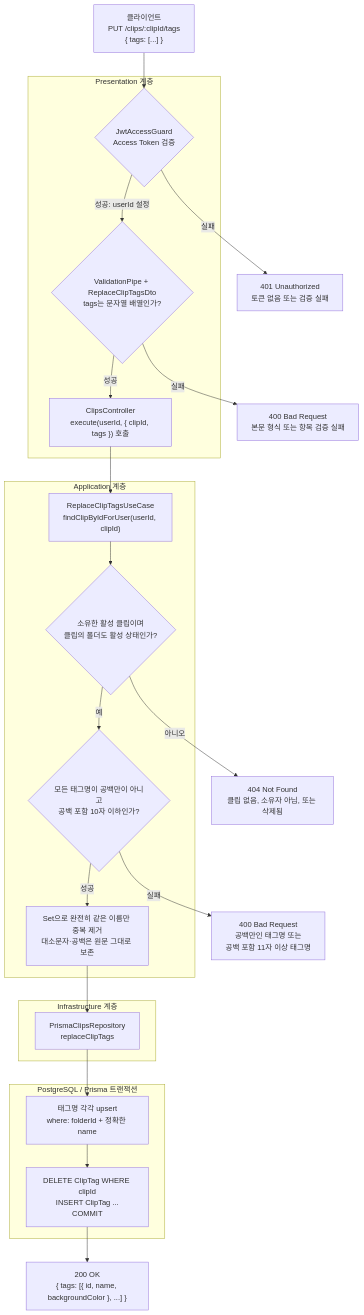
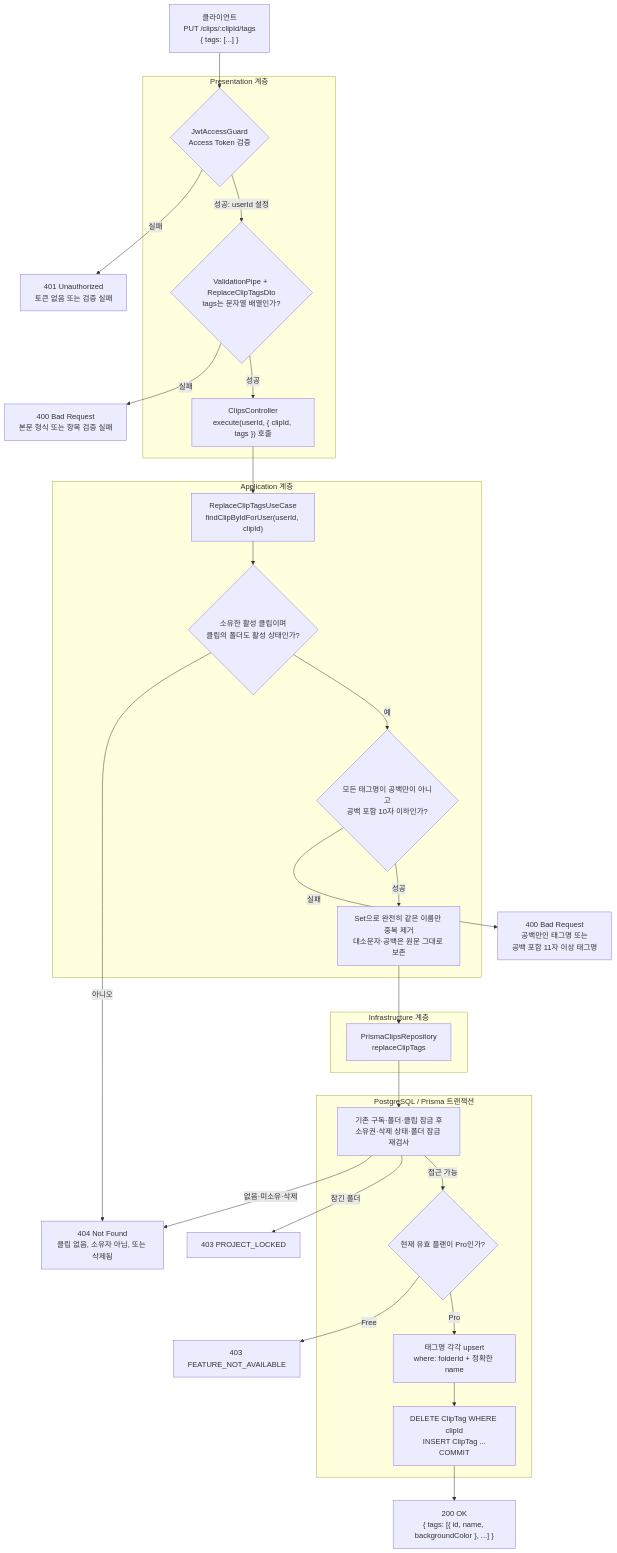
Before and after one commit to gksktl111/easy-clip-be: the diagram in docs/clip-tag-replacement-api-flow.md, drawn with Mermaid. The commit also changed other lines of this file and 27 other files, not shown here.

````diff
--- a/docs/clip-tag-replacement-api-flow.md
+++ b/docs/clip-tag-replacement-api-flow.md
@@ -35,48 +37,55 @@
 ```mermaid
 flowchart TD
     Client["클라이언트<br/>PUT /clips/:clipId/tags<br/>{ tags: [...] }"]
 
     subgraph Presentation["Presentation 계층"]
         Guard{"JwtAccessGuard<br/>Access Token 검증"}
         Dto{"ValidationPipe + ReplaceClipTagsDto<br/>tags는 문자열 배열인가?"}
         Controller["ClipsController<br/>execute(userId, { clipId, tags }) 호출"]
     end
 
     subgraph Application["Application 계층"]
         FindClip["ReplaceClipTagsUseCase<br/>findClipByIdForUser(userId, clipId)"]
         ClipExists{"소유한 활성 클립이며<br/>클립의 폴더도 활성 상태인가?"}
         ValidateNames{"모든 태그명이 공백만이 아니고<br/>공백 포함 10자 이하인가?"}
         Normalize["Set으로 완전히 같은 이름만 중복 제거<br/>대소문자·공백은 원문 그대로 보존"]
     end
 
     subgraph Infrastructure["Infrastructure 계층"]
         ReplaceRepo["PrismaClipsRepository<br/>replaceClipTags"]
     end
 
     subgraph Database["PostgreSQL / Prisma 트랜잭션"]
+        CheckAccess["기존 구독·폴더·클립 잠금 후<br/>소유권·삭제 상태·폴더 잠금 재검사"]
+        ProFeature{"현재 유효 플랜이 Pro인가?"}
         UpsertTags["태그명 각각 upsert<br/>where: folderId + 정확한 name"]
         ReplaceRelations["DELETE ClipTag WHERE clipId<br/>INSERT ClipTag ...<br/>COMMIT"]
     end
 
     Unauthorized["401 Unauthorized<br/>토큰 없음 또는 검증 실패"]
     DtoBadRequest["400 Bad Request<br/>본문 형식 또는 항목 검증 실패"]
     NotFound["404 Not Found<br/>클립 없음, 소유자 아님, 또는 삭제됨"]
     TagBadRequest["400 Bad Request<br/>공백만인 태그명 또는<br/>공백 포함 11자 이상 태그명"]
     Success["200 OK<br/>{ tags: [{ id, name, backgroundColor }, ...] }"]
 
     Client --> Guard
     Guard -->|실패| Unauthorized
     Guard -->|성공: userId 설정| Dto
     Dto -->|실패| DtoBadRequest
     Dto -->|성공| Controller
     Controller --> FindClip
     FindClip --> ClipExists
     ClipExists -->|아니오| NotFound
     ClipExists -->|예| ValidateNames
     ValidateNames -->|실패| TagBadRequest
     ValidateNames -->|성공| Normalize
     Normalize --> ReplaceRepo
-    ReplaceRepo --> UpsertTags
+    ReplaceRepo --> CheckAccess
+    CheckAccess -->|없음·미소유·삭제| NotFound
+    CheckAccess -->|잠긴 폴더| Locked["403 PROJECT_LOCKED"]
+    CheckAccess -->|접근 가능| ProFeature
+    ProFeature -->|Free| FeatureUnavailable["403 FEATURE_NOT_AVAILABLE"]
+    ProFeature -->|Pro| UpsertTags
     UpsertTags --> ReplaceRelations
     ReplaceRelations --> Success
 ```
````
